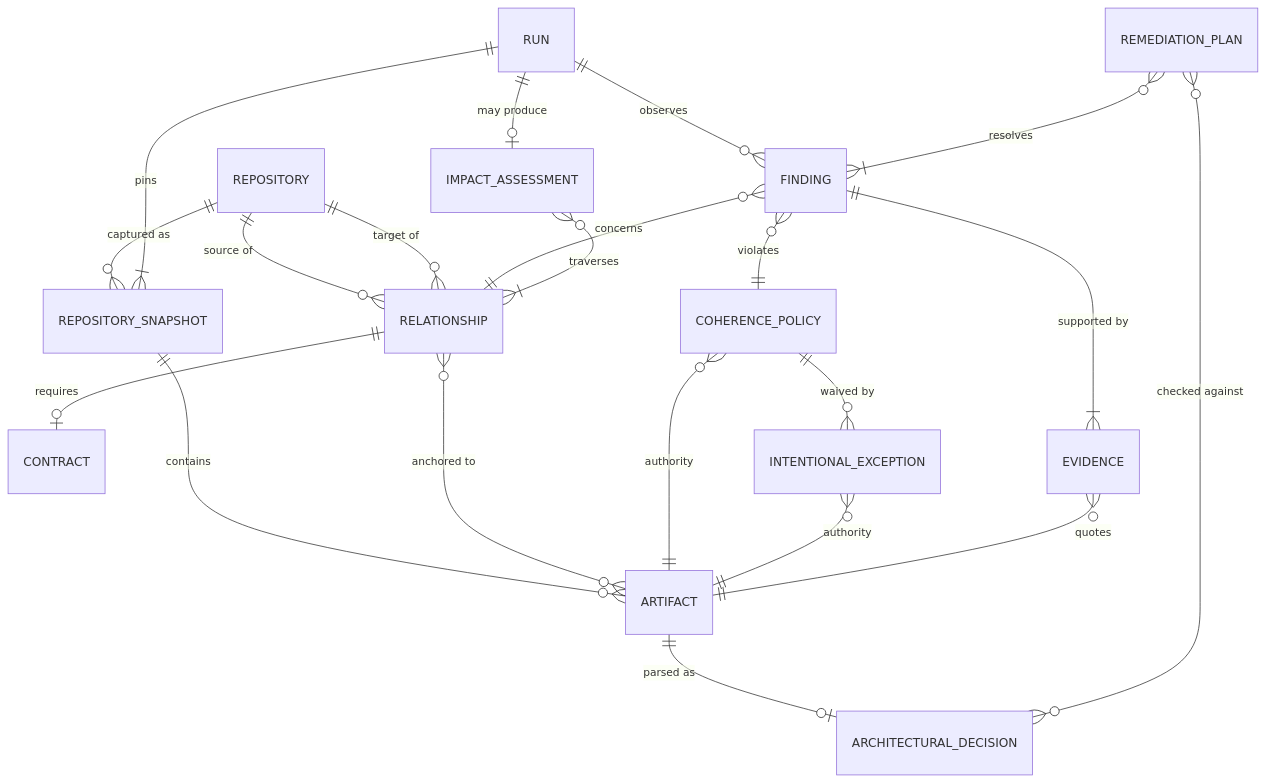
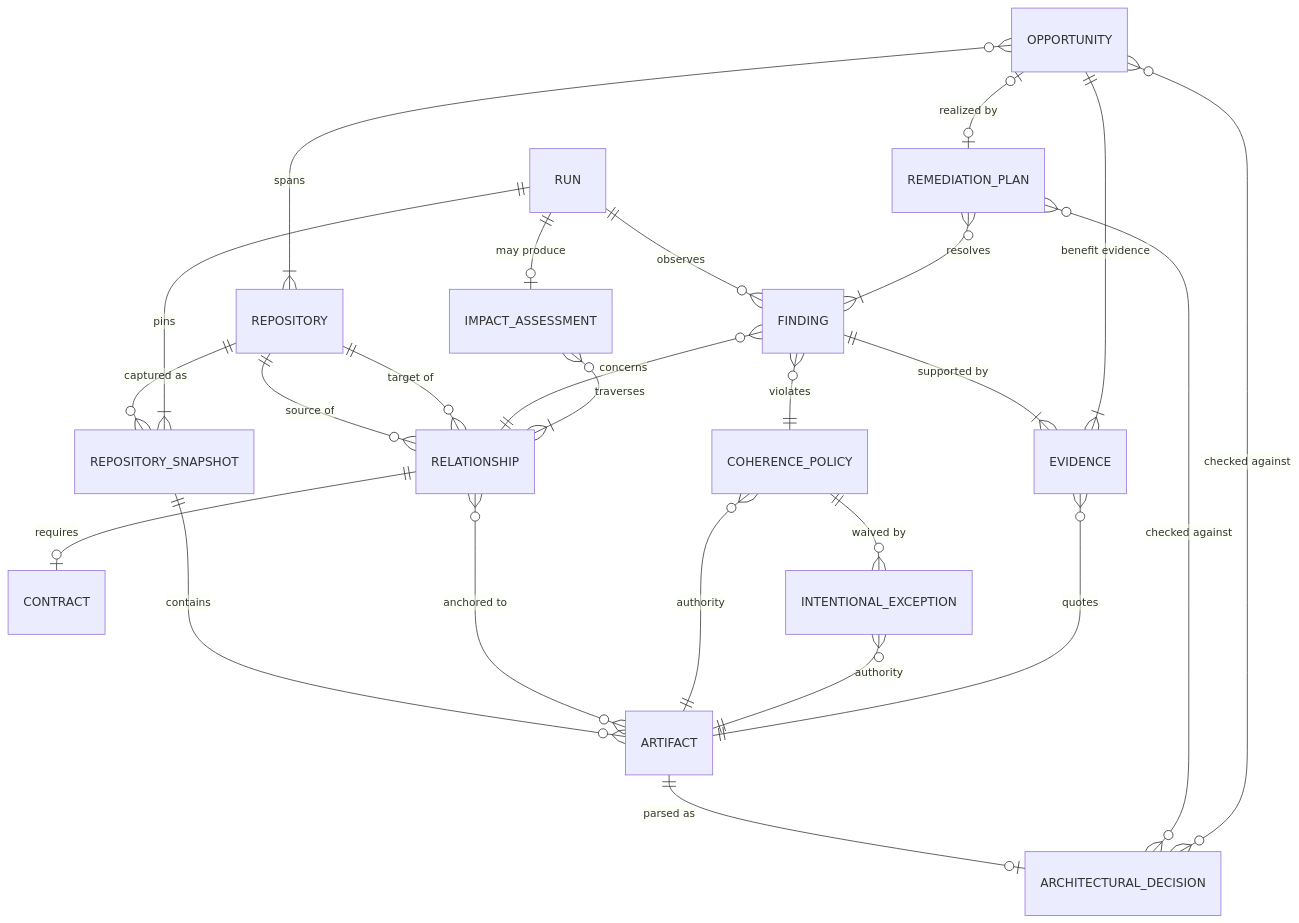
The first of 3 diagrams in docs/domain-model.md (koydas/repo-orchestrator), drawn with Mermaid before and after one commit. The commit also changed other lines of this file and 14 other files, not shown here.

````diff
--- a/docs/domain-model.md
+++ b/docs/domain-model.md
@@ -26,23 +26,27 @@
 ```mermaid
 erDiagram
     REPOSITORY ||--o{ REPOSITORY_SNAPSHOT : "captured as"
     REPOSITORY_SNAPSHOT ||--o{ ARTIFACT : contains
     ARTIFACT ||--o| ARCHITECTURAL_DECISION : "parsed as"
     REPOSITORY ||--o{ RELATIONSHIP : "source of"
     REPOSITORY ||--o{ RELATIONSHIP : "target of"
     RELATIONSHIP }o--o{ ARTIFACT : "anchored to"
     RELATIONSHIP ||--o| CONTRACT : "requires"
     COHERENCE_POLICY }o--|| ARTIFACT : "authority"
     COHERENCE_POLICY ||--o{ INTENTIONAL_EXCEPTION : "waived by"
     INTENTIONAL_EXCEPTION }o--|| ARTIFACT : "authority"
     RUN ||--|{ REPOSITORY_SNAPSHOT : pins
     RUN ||--o{ FINDING : "observes"
     FINDING }o--|| COHERENCE_POLICY : violates
     FINDING }o--|| RELATIONSHIP : "concerns"
     FINDING ||--|{ EVIDENCE : "supported by"
     EVIDENCE }o--|| ARTIFACT : quotes
     RUN ||--o| IMPACT_ASSESSMENT : "may produce"
     IMPACT_ASSESSMENT }o--|{ RELATIONSHIP : traverses
     REMEDIATION_PLAN }o--|{ FINDING : resolves
     REMEDIATION_PLAN }o--o{ ARCHITECTURAL_DECISION : "checked against"
+    OPPORTUNITY }o--|{ REPOSITORY : spans
+    OPPORTUNITY ||--|{ EVIDENCE : "benefit evidence"
+    OPPORTUNITY }o--o{ ARCHITECTURAL_DECISION : "checked against"
+    OPPORTUNITY |o--o| REMEDIATION_PLAN : "realized by"
 ```
````
